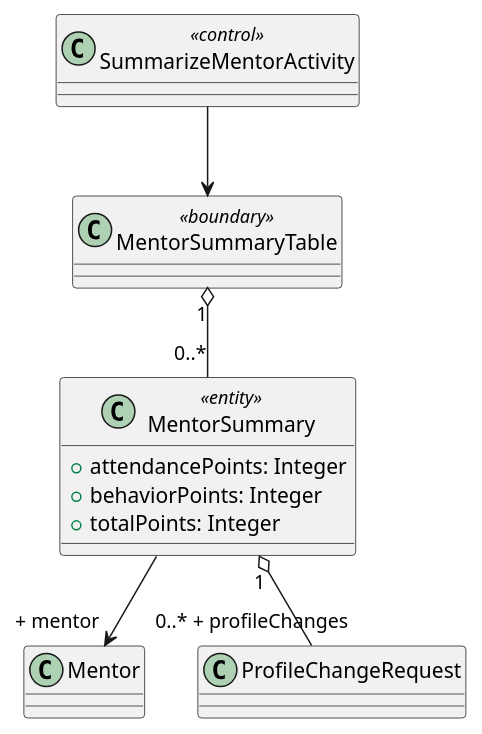
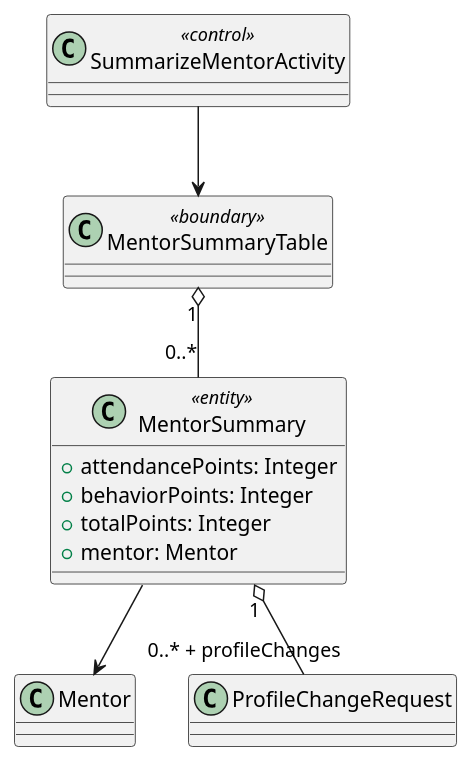
The second of 2 diagrams in Use Cases/SummarizeMentorActivity.iuml (bmb0136/COMP-3700-Project), drawn with PlantUML before and after one commit. The commit also changed 4 other files, not shown here.

```diff
--- a/Use Cases/SummarizeMentorActivity.iuml
+++ b/Use Cases/SummarizeMentorActivity.iuml
@@ -22,13 +22,14 @@
 @startuml Summarize Mentor Activity object
 class SummarizeMentorActivity <<control>> {}
 class MentorSummaryTable <<boundary>> {}
 SummarizeMentorActivity --> MentorSummaryTable
 MentorSummaryTable "1" o-- "0..*" MentorSummary
 class MentorSummary <<entity>> {
   + attendancePoints: Integer
   + behaviorPoints: Integer
   + totalPoints: Integer
+  + mentor: Mentor
 }
-MentorSummary --> "+ mentor" Mentor
+MentorSummary --> Mentor
 MentorSummary "1" o-- "0..* + profileChanges" ProfileChangeRequest
 @enduml
```
